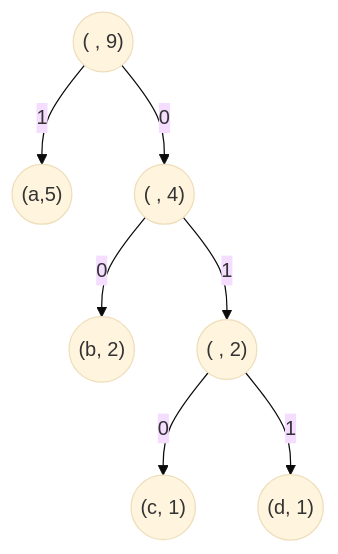
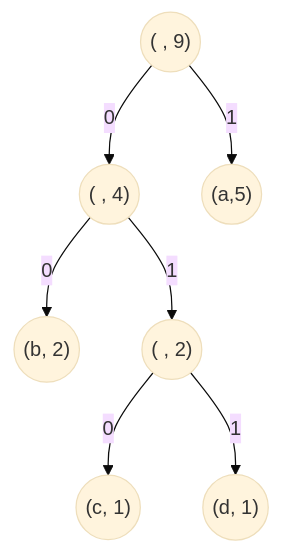
Before and after one commit to boddaert/nsi: the diagram in terminale/Structures_arborescentes_de_données/Activité_codage_de_huffman.md, drawn with Mermaid (base theme). The commit also changed other lines of this file, not shown here.

````diff
--- a/terminale/Structures_arborescentes_de_données/Activité_codage_de_huffman.md
+++ b/terminale/Structures_arborescentes_de_données/Activité_codage_de_huffman.md
@@ -31,16 +33,17 @@
 ```mermaid
 flowchart TB
-    A(("(a,5)"))
+    
     B(("(b, 2)"))
     C(("(c, 1)"))
     D(("(d, 1)"))
     E(("( , 2)"))
     F(("( , 4)"))
     G(("( , 9)"))
+    A(("(a,5)"))
     G --0--> F
     G --1--> A
     E --0--> C
     E --1--> D
     F --0--> B
     F --1--> E
 ```
````
